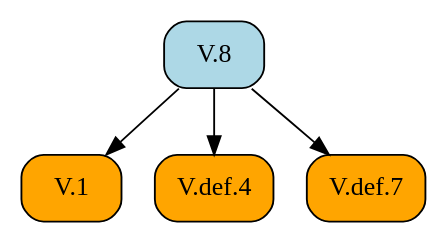
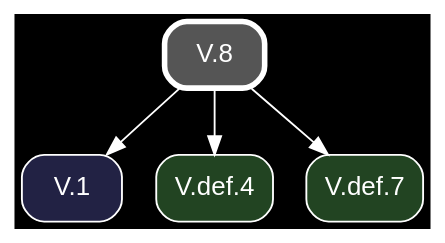
One commit to geometor/elements changed the diagram in docsrc/heath/V/8/index.rst. Above: the diagram before and after it, drawn with Graphviz. The commit also changed other lines of this file and 1200 other files, not shown here.

Commit message:
update dependency graphs

```diff
--- a/docsrc/heath/V/8/index.rst
+++ b/docsrc/heath/V/8/index.rst
@@ -112,13 +112,15 @@
 .. graphviz::
 
    digraph {
+     bgcolor="black";
+     node [shape=box, style="rounded,filled", fontname="Helvetica", color="white", fontcolor="white"];
+     edge [color="white", fontcolor="white"];
      rankdir="TB";
-     node [shape=box, style=rounded];
-     "V.1" [style="rounded,filled", fillcolor=orange, URL="/heath/V/1/", target="_top"];
-     "V.def.4" [style="rounded,filled", fillcolor=orange, URL="/heath/V/def.4/", target="_top"];
-     "V.def.7" [style="rounded,filled", fillcolor=orange, URL="/heath/V/def.7/", target="_top"];
-     "V.8" [style="rounded,filled", fillcolor=lightblue, URL="/heath/V/8/", target="_top"];
+     "V.8" [penwidth=3, color="white", fillcolor="#555555", URL="/heath/V/8/", target="_top"];
+     "V.1" [fillcolor="#222244", URL="/heath/V/1/", target="_top"];
+     "V.def.4" [fillcolor="#224422", URL="/heath/V/def.4/", target="_top"];
+     "V.def.7" [fillcolor="#224422", URL="/heath/V/def.7/", target="_top"];
      "V.8" -> "V.1";
      "V.8" -> "V.def.4";
      "V.8" -> "V.def.7";
    }
```
